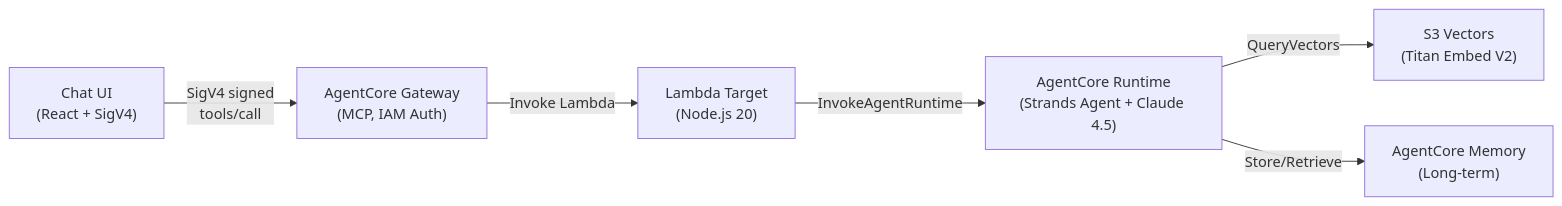
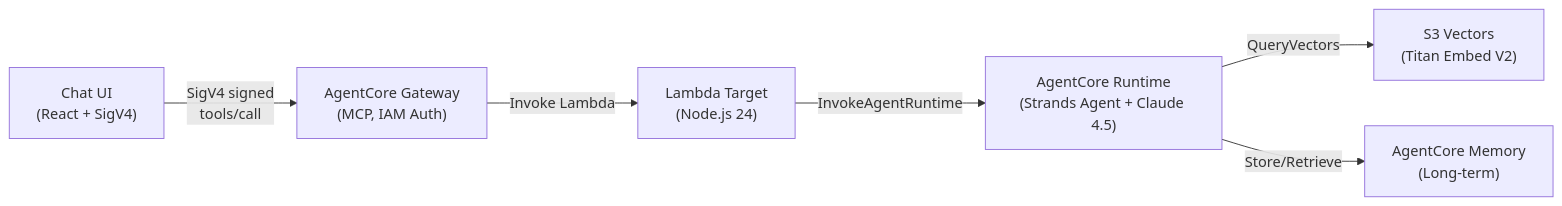
The first of 2 diagrams in README.md (duttaabhijit06/bedrock-agentcore-simple-chat-agent), drawn with Mermaid before and after one commit. The commit also changed other lines of this file and 8 other files, not shown here.

````diff
--- a/README.md
+++ b/README.md
@@ -8,15 +8,15 @@
 ```mermaid
 flowchart LR
     UI["Chat UI<br/>(React + SigV4)"]
     GW["AgentCore Gateway<br/>(MCP, IAM Auth)"]
-    LM["Lambda Target<br/>(Node.js 20)"]
+    LM["Lambda Target<br/>(Node.js 24)"]
     RT["AgentCore Runtime<br/>(Strands Agent + Claude 4.5)"]
     S3["S3 Vectors<br/>(Titan Embed V2)"]
     MEM["AgentCore Memory<br/>(Long-term)"]
 
     UI -->|"SigV4 signed<br/>tools/call"| GW
     GW -->|"Invoke Lambda"| LM
     LM -->|"InvokeAgentRuntime"| RT
     RT -->|"QueryVectors"| S3
     RT -->|"Store/Retrieve"| MEM
 ```
````
